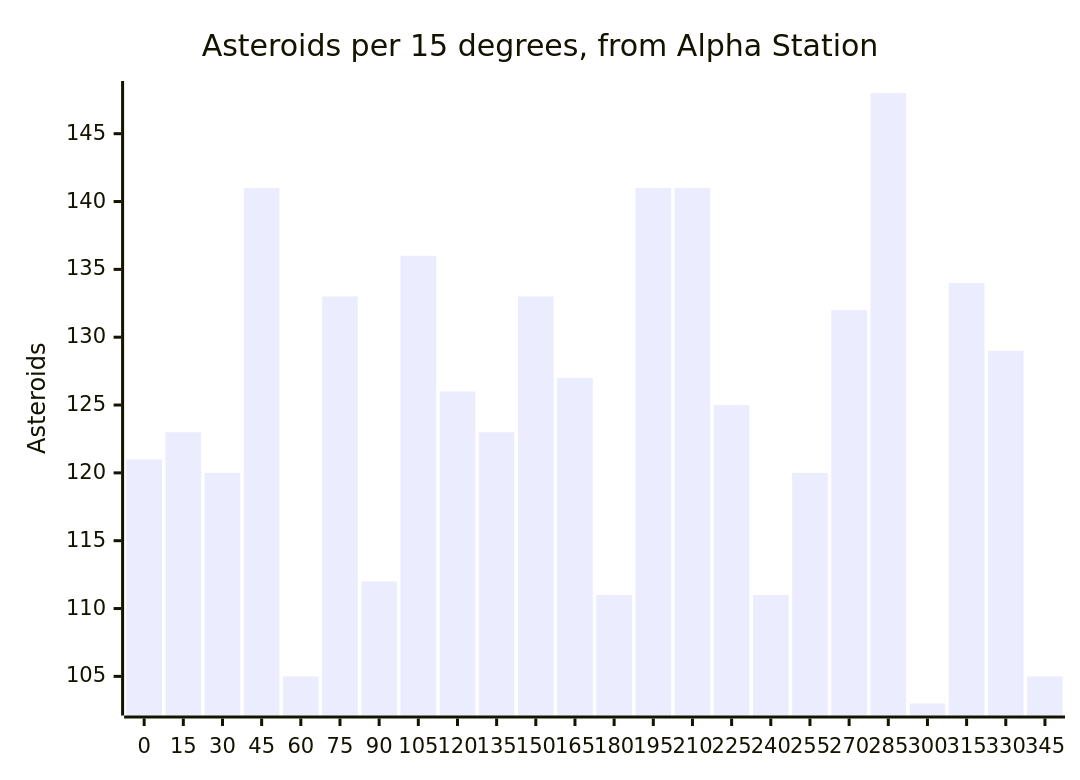
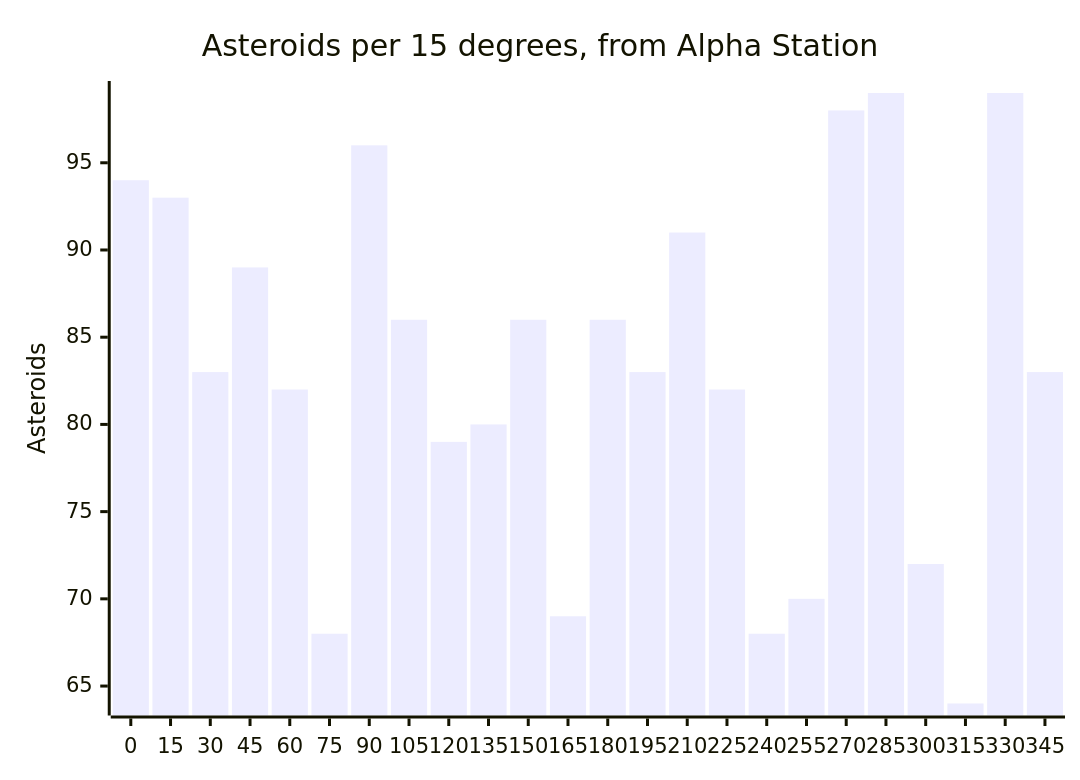
One commit to CometWorks/worlds changed the fourth of 4 diagrams in octahedron/ORES.md. Above: the diagram before and after it, drawn with Mermaid. The commit also changed other lines of this file and 3003 other files, not shown here.

````diff
--- a/octahedron/ORES.md
+++ b/octahedron/ORES.md
@@ -134,7 +134,7 @@
 ```mermaid
 xychart-beta
     title "Asteroids per 15 degrees, from Alpha Station"
     x-axis ["0", "15", "30", "45", "60", "75", "90", "105", "120", "135", "150", "165", "180", "195", "210", "225", "240", "255", "270", "285", "300", "315", "330", "345"]
     y-axis "Asteroids"
-    bar [121, 123, 120, 141, 105, 133, 112, 136, 126, 123, 133, 127, 111, 141, 141, 125, 111, 120, 132, 148, 103, 134, 129, 105]
+    bar [94, 93, 83, 89, 82, 68, 96, 86, 79, 80, 86, 69, 86, 83, 91, 82, 68, 70, 98, 99, 72, 64, 99, 83]
 ```
````
